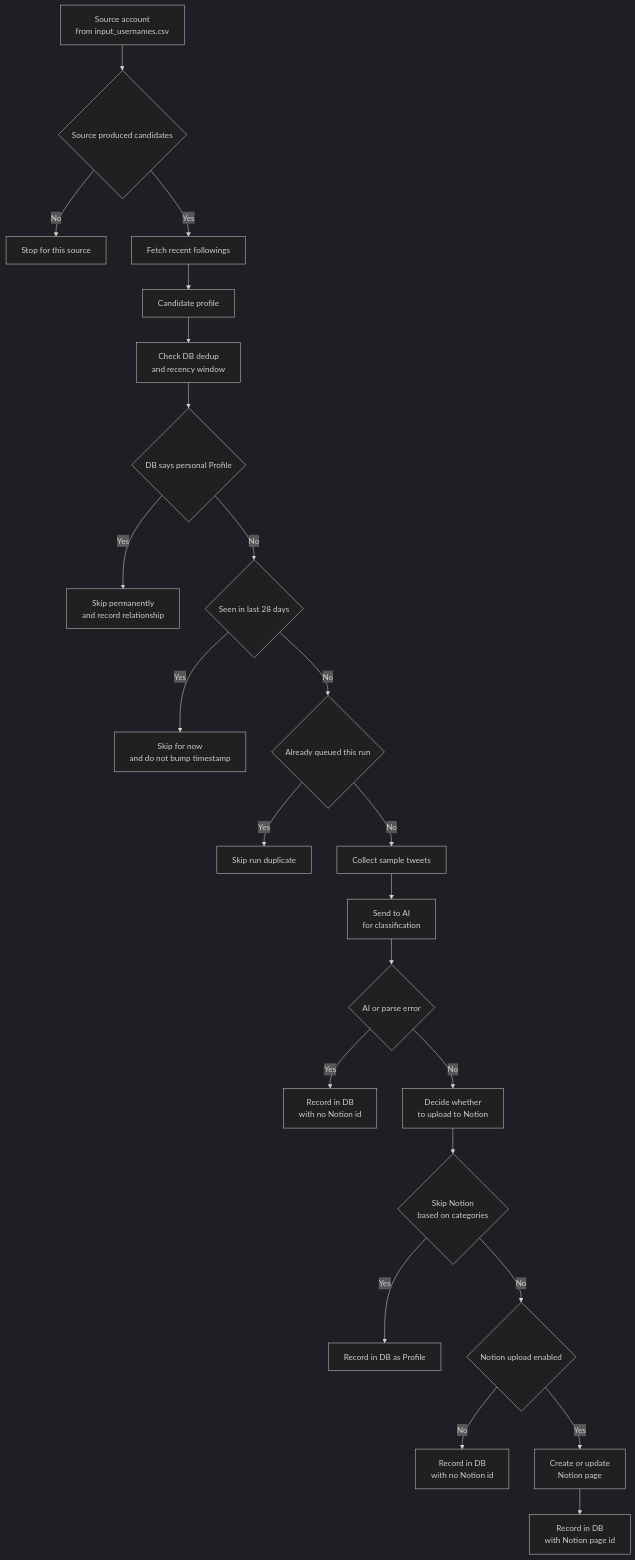
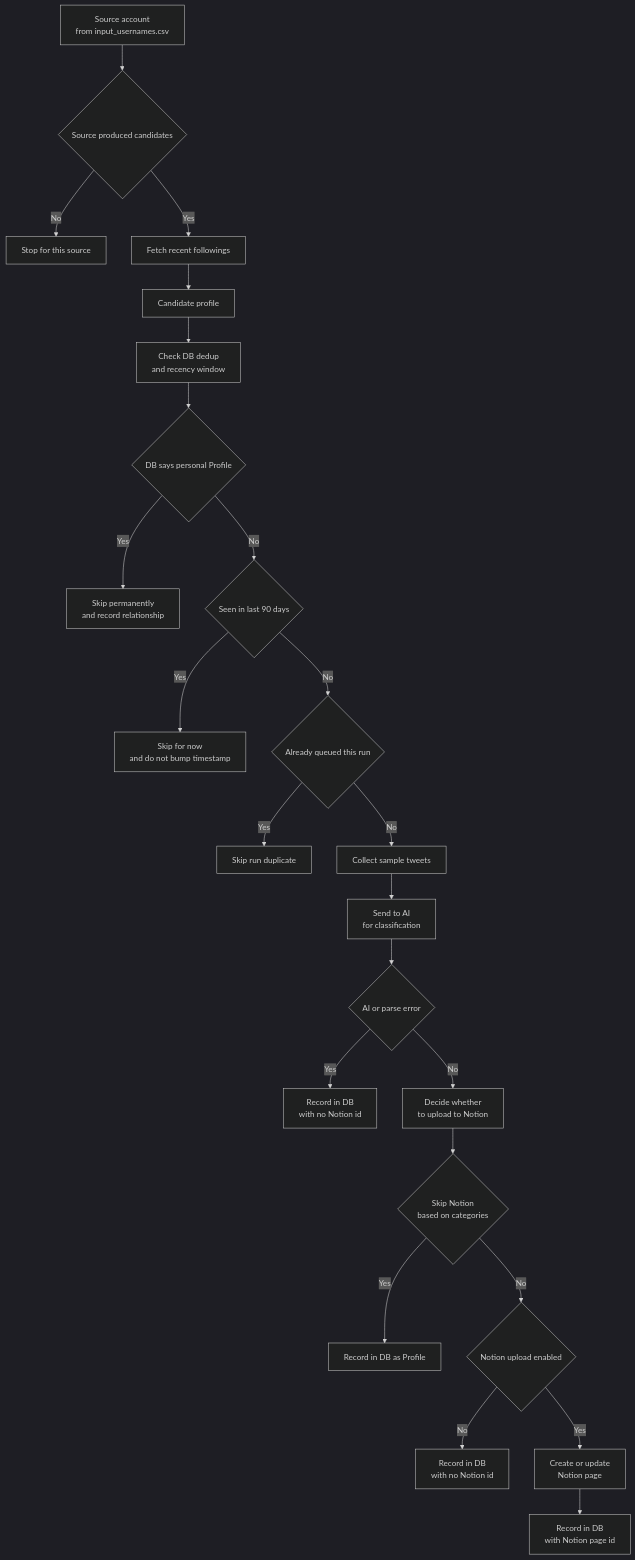
One commit to carlhuareforge/deal_sourcer_agent changed the third of 3 diagrams in ARCHITECTURE.md. Above: the diagram before and after it, drawn with Mermaid (dark theme). The commit also changed other lines of this file and 3 other files, not shown here.

````diff
--- a/ARCHITECTURE.md
+++ b/ARCHITECTURE.md
@@ -171,28 +172,28 @@
 ```mermaid
 flowchart TD
   Source[Source account<br>from input_usernames.csv] --> SourceEligible{Source produced candidates}
   SourceEligible -->|No| StopSource[Stop for this source]
   SourceEligible -->|Yes| Candidates[Fetch recent followings]
 
   Candidates --> Candidate[Candidate profile]
   Candidate --> Dedup[Check DB dedup<br>and recency window]
   Dedup --> DbProfile{DB says personal Profile}
   DbProfile -->|Yes| SkipPermanent[Skip permanently<br>and record relationship]
-  DbProfile -->|No| Recent{Seen in last 28 days}
+  DbProfile -->|No| Recent{Seen in last 90 days}
   Recent -->|Yes| SkipRecent[Skip for now<br>and do not bump timestamp]
   Recent -->|No| RunDup{Already queued this run}
   RunDup -->|Yes| SkipRunDup[Skip run duplicate]
   RunDup -->|No| Tweets[Collect sample tweets]
 
   Tweets --> AI[Send to AI<br>for classification]
   AI --> AIError{AI or parse error}
   AIError -->|Yes| RecordError[Record in DB<br>with no Notion id]
   AIError -->|No| Triage[Decide whether<br>to upload to Notion]
 
   Triage --> SkipNotion{Skip Notion<br>based on categories}
   SkipNotion -->|Yes| RecordSkipNotion[Record in DB as Profile]
   SkipNotion -->|No| NotionEnabled{Notion upload enabled}
   NotionEnabled -->|No| RecordNoUpload[Record in DB<br>with no Notion id]
   NotionEnabled -->|Yes| Upsert[Create or update<br>Notion page]
   Upsert --> RecordProject[Record in DB<br>with Notion page id]
 ```
````
